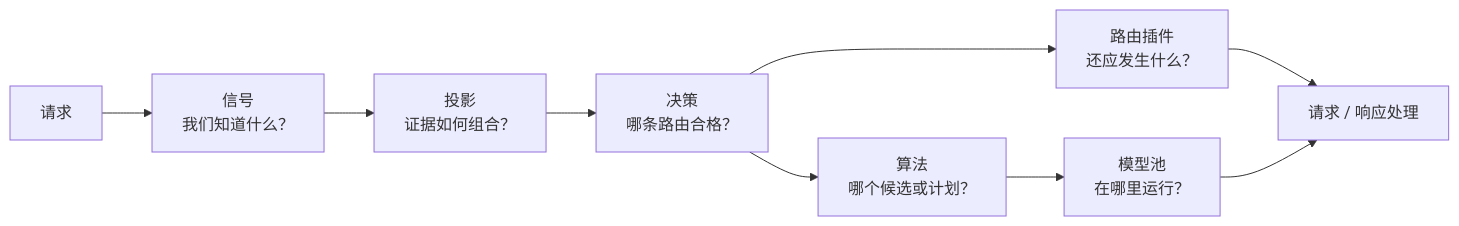
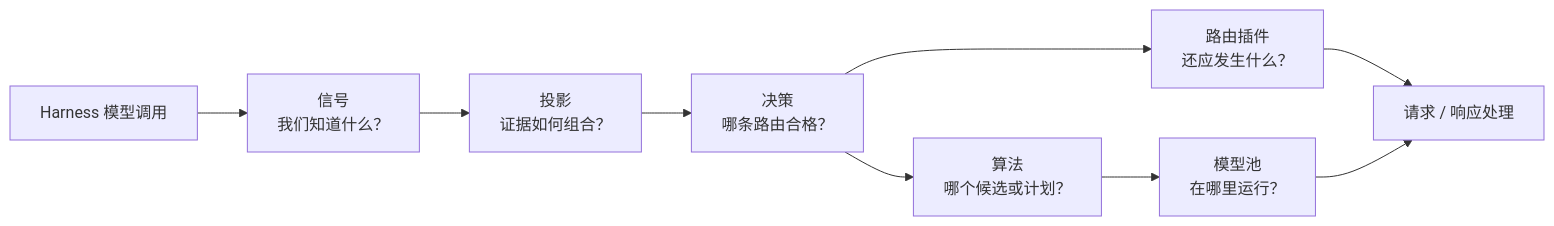
Before and after one commit to vllm-project/semantic-router: the diagram in website/i18n/zh-Hans/docusaurus-plugin-content-docs/current/overview/signal-driven-decisions.md, drawn with Mermaid. The commit also changed other lines of this file and 75 other files, not shown here.

````diff
--- a/website/i18n/zh-Hans/docusaurus-plugin-content-docs/current/overview/signal-driven-decisions.md
+++ b/website/i18n/zh-Hans/docusaurus-plugin-content-docs/current/overview/signal-driven-decisions.md
@@ -15,11 +17,11 @@
 ```mermaid
 flowchart LR
-    Request["请求"] --> Signals["信号<br/>我们知道什么？"]
+    Request["Harness 模型调用"] --> Signals["信号<br/>我们知道什么？"]
     Signals --> Projections["投影<br/>证据如何组合？"]
     Projections --> Decisions["决策<br/>哪条路由合格？"]
     Decisions --> Algorithms["算法<br/>哪个候选或计划？"]
     Algorithms --> Pool["模型池<br/>在哪里运行？"]
     Decisions --> Plugins["路由插件<br/>还应发生什么？"]
     Plugins --> Response["请求 / 响应处理"]
     Pool --> Response
 ```
````
